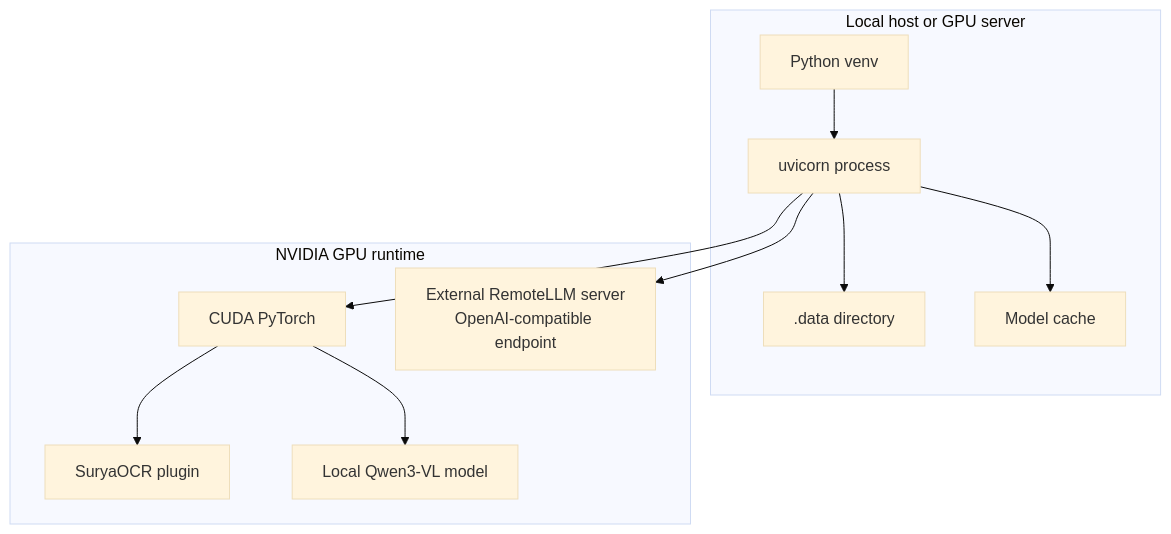
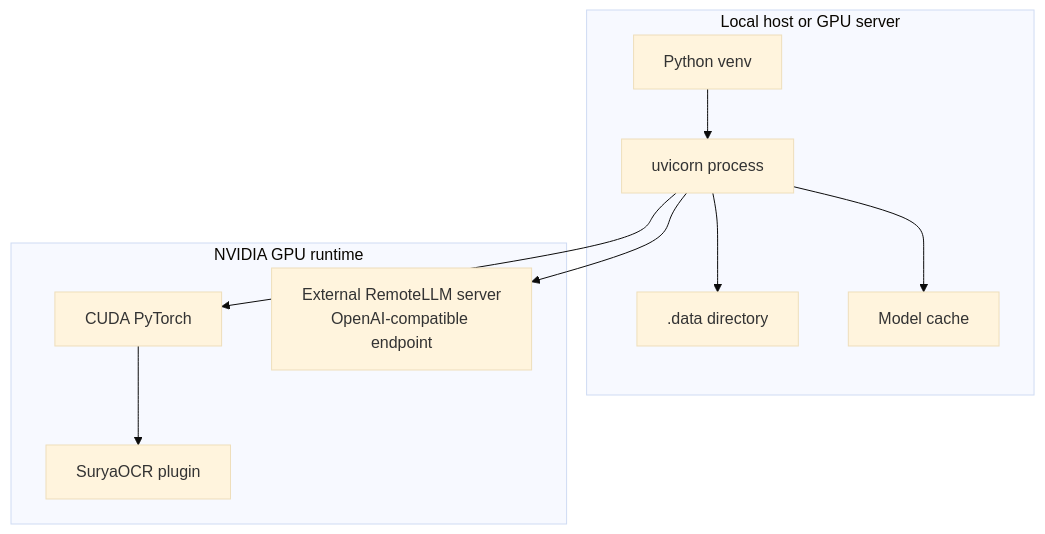
Before and after one commit to alrolo3/ingest-orquestator-service: the seventh of 7 diagrams in docs/architecture-diagram.md, drawn with Mermaid (base theme). The commit also changed other lines of this file and 39 other files, not shown here.

````diff
--- a/docs/architecture-diagram.md
+++ b/docs/architecture-diagram.md
@@ -205,24 +205,22 @@
 ```mermaid
 flowchart TB
     subgraph Host["Local host or GPU server"]
         Venv["Python venv"]
         APIProcess["uvicorn process"]
         DataDir[".data directory"]
         ModelsCache["Model cache"]
     end
 
     subgraph OptionalGPU["NVIDIA GPU runtime"]
         CUDA["CUDA PyTorch"]
         Surya["SuryaOCR plugin"]
-        Qwen["Local Qwen3-VL model"]
         RemoteLLM["External RemoteLLM server<br/>OpenAI-compatible endpoint"]
     end
 
     Venv --> APIProcess
     APIProcess --> DataDir
     APIProcess --> ModelsCache
     APIProcess --> CUDA
     APIProcess --> RemoteLLM
     CUDA --> Surya
-    CUDA --> Qwen
 ```
````
